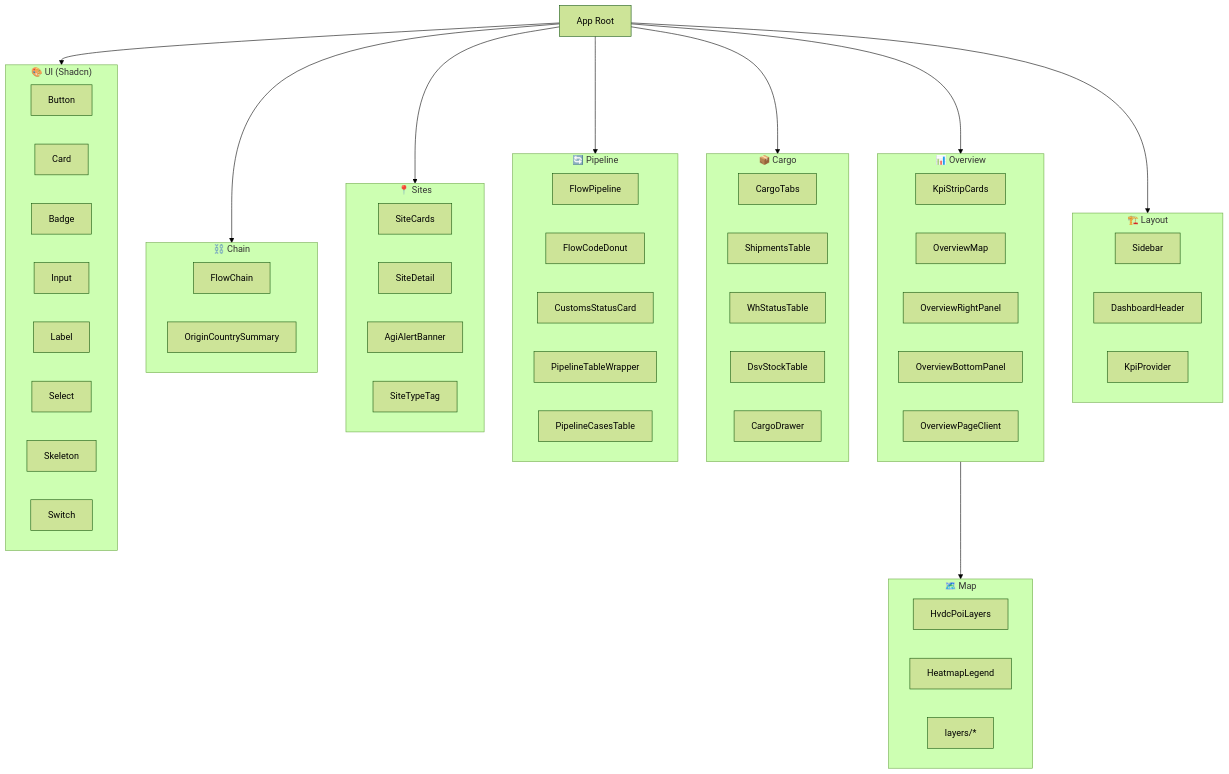
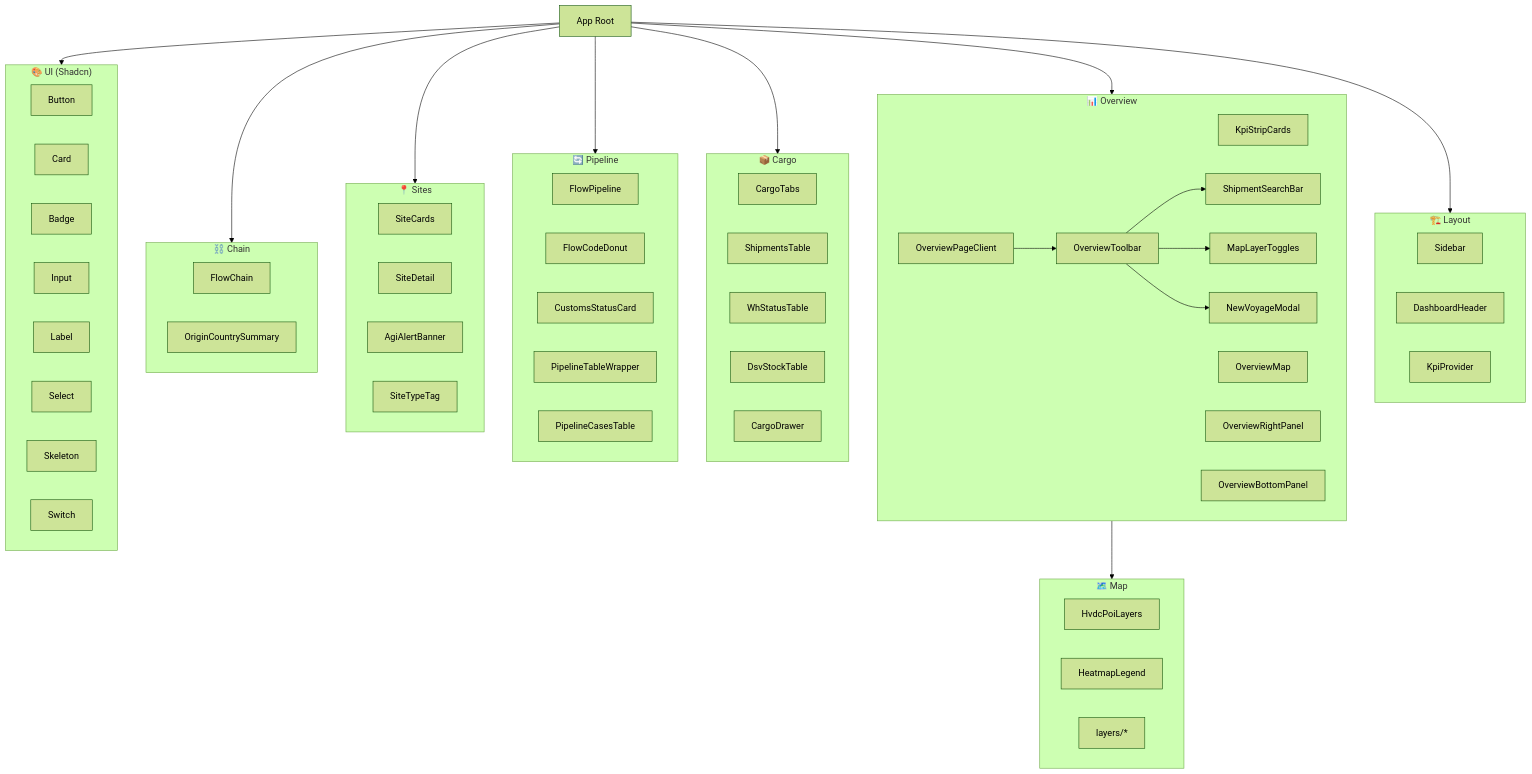
The first of 31 diagrams in apps/logistics-dashboard/docs/COMPONENTS.md (macho715/logi_hvdc_dash), drawn with Mermaid (forest theme) before and after one commit. The commit also changed other lines of this file and 3 other files, not shown here.

First line of the commit message:
docs: update COMPONENTS.md and LAYOUT.md for v1.3.0 overview toolbar

````diff
--- a/apps/logistics-dashboard/docs/COMPONENTS.md
+++ b/apps/logistics-dashboard/docs/COMPONENTS.md
@@ -49,72 +57,80 @@
 ```mermaid
 graph TD
     App["App Root"]
 
     subgraph Layout["🏗️ Layout"]
         Sidebar["Sidebar"]
         DashboardHeader["DashboardHeader"]
         KpiProvider["KpiProvider"]
     end
 
     subgraph Overview["📊 Overview"]
         KpiStripCards["KpiStripCards"]
         OverviewMap["OverviewMap"]
         OverviewRightPanel["OverviewRightPanel"]
         OverviewBottomPanel["OverviewBottomPanel"]
         OverviewPageClient["OverviewPageClient"]
+        OverviewToolbar["OverviewToolbar"]
+        ShipmentSearchBar["ShipmentSearchBar"]
+        MapLayerToggles["MapLayerToggles"]
+        NewVoyageModal["NewVoyageModal"]
     end
 
     subgraph MapComponents["🗺️ Map"]
         HvdcPoiLayers["HvdcPoiLayers"]
         HeatmapLegend["HeatmapLegend"]
         Layers["layers/*"]
     end
 
     subgraph Cargo["📦 Cargo"]
         CargoTabs["CargoTabs"]
         ShipmentsTable["ShipmentsTable"]
         WhStatusTable["WhStatusTable"]
         DsvStockTable["DsvStockTable"]
         CargoDrawer["CargoDrawer"]
     end
 
     subgraph Pipeline["🔄 Pipeline"]
         FlowPipeline["FlowPipeline"]
         FlowCodeDonut["FlowCodeDonut"]
         CustomsStatusCard["CustomsStatusCard"]
         PipelineTableWrapper["PipelineTableWrapper"]
         PipelineCasesTable["PipelineCasesTable"]
     end
 
     subgraph Sites["📍 Sites"]
         SiteCards["SiteCards"]
         SiteDetail["SiteDetail"]
         AgiAlertBanner["AgiAlertBanner"]
         SiteTypeTag["SiteTypeTag"]
     end
 
     subgraph Chain["⛓️ Chain"]
         FlowChain["FlowChain"]
         OriginCountrySummary["OriginCountrySummary"]
     end
 
     subgraph UI["🎨 UI (Shadcn)"]
         Button["Button"]
         Card["Card"]
         Badge["Badge"]
         Input["Input"]
         Label["Label"]
         Select["Select"]
         Skeleton["Skeleton"]
         Switch["Switch"]
     end
 
     App --> Layout
     App --> Overview
     App --> Cargo
     App --> Pipeline
     App --> Sites
     App --> Chain
     Overview --> MapComponents
     App --> UI
+    OverviewPageClient --> OverviewToolbar
+    OverviewToolbar --> ShipmentSearchBar
+    OverviewToolbar --> MapLayerToggles
+    OverviewToolbar --> NewVoyageModal
 ```
````
